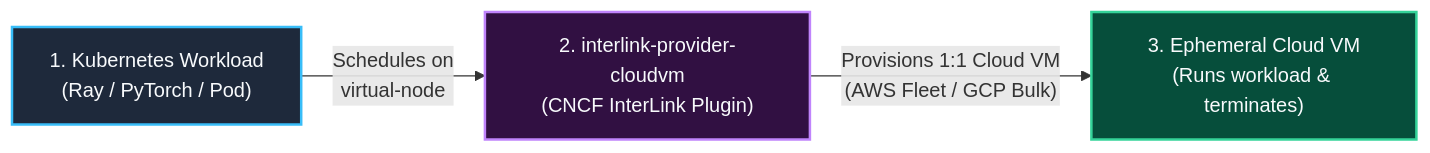
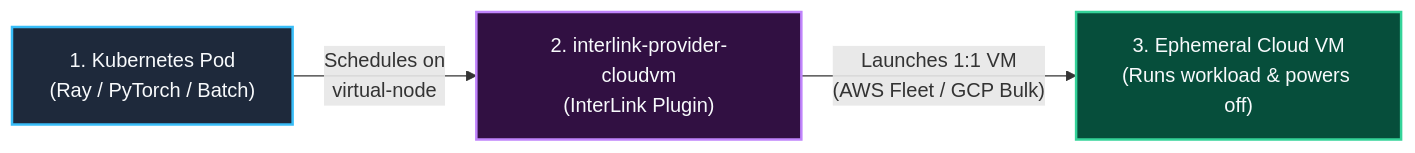
Before and after one commit to simonepri/interlink-cloudvm-plugin: the first of 8 diagrams in readme.md, drawn with Mermaid. The commit also changed other lines of this file, not shown here.

````diff
--- a/readme.md
+++ b/readme.md
@@ -45,15 +45,15 @@
 ```mermaid
 flowchart LR
     classDef k8s fill:#1E293B,stroke:#38BDF8,stroke-width:2px,color:#F8FAFC
     classDef plugin fill:#311042,stroke:#C084FC,stroke-width:2px,color:#F8FAFC
     classDef cloud fill:#064E3B,stroke:#34D399,stroke-width:2px,color:#F8FAFC
 
-    A["1. Kubernetes Workload
-(Ray / PyTorch / Pod)"]:::k8s 
+    A["1. Kubernetes Pod
+(Ray / PyTorch / Batch)"]:::k8s 
     -->|"Schedules on
 virtual-node"| B["2. interlink-provider-cloudvm
-(CNCF InterLink Plugin)"]:::plugin
-    -->|"Provisions 1:1 Cloud VM
+(InterLink Plugin)"]:::plugin
+    -->|"Launches 1:1 VM
 (AWS Fleet / GCP Bulk)"| C["3. Ephemeral Cloud VM
-(Runs workload & terminates)"]:::cloud
+(Runs workload & powers off)"]:::cloud
 ```
````
